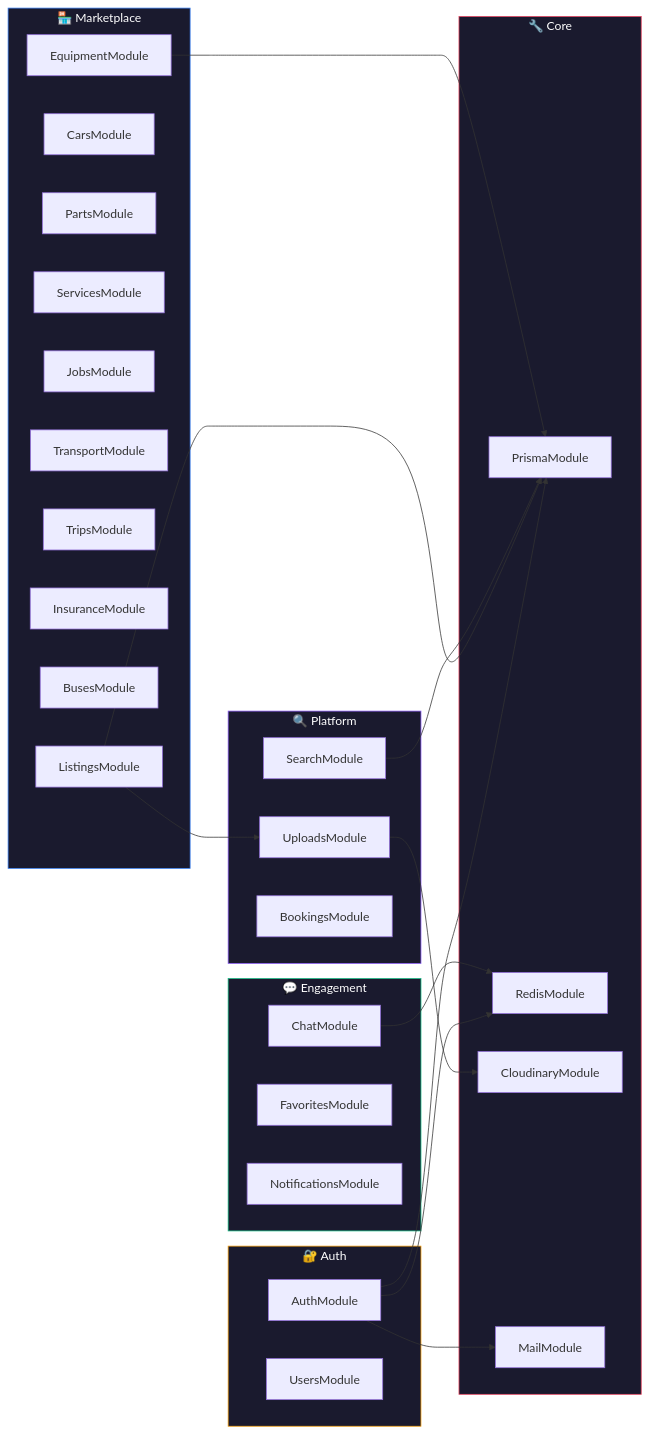
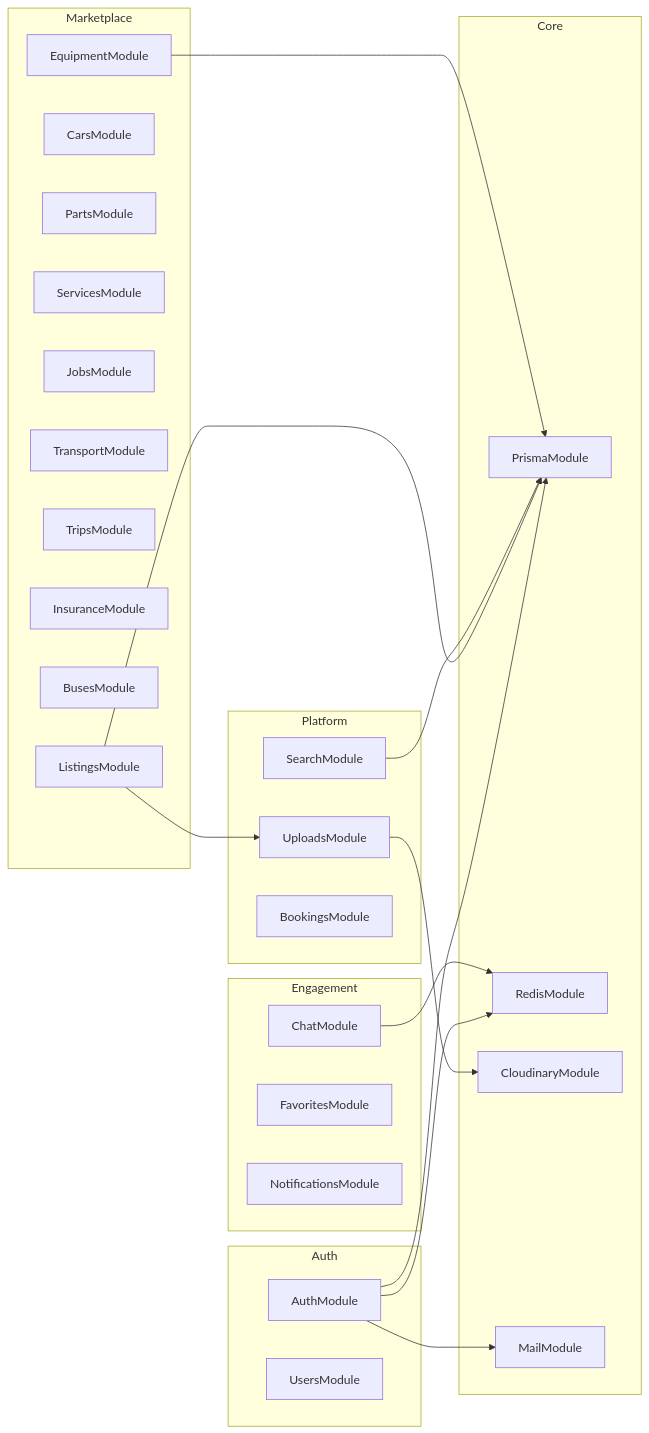
Before and after one commit to Mahmoud997s/SouqOne: the second of 4 diagrams in README.md, drawn with Mermaid. The commit also changed other lines of this file, not shown here.

Commit message:
fix: remove emojis and style directives from Mermaid diagrams for GitHub compatibility

````diff
--- a/README.md
+++ b/README.md
@@ -171,55 +167,49 @@
 ```mermaid
 graph LR
-    subgraph Core["🔧 Core"]
+    subgraph Core
         PRISMA[PrismaModule]
         REDIS[RedisModule]
         CLOUD[CloudinaryModule]
         MAIL[MailModule]
     end
 
-    subgraph Auth["🔐 Auth"]
+    subgraph Auth
         AUTH[AuthModule]
         USERS[UsersModule]
     end
 
-    subgraph Marketplace["🏪 Marketplace"]
+    subgraph Marketplace
         LISTINGS[ListingsModule]
         CARS[CarsModule]
         PARTS[PartsModule]
         SERVICES[ServicesModule]
         JOBS[JobsModule]
         TRANSPORT[TransportModule]
         TRIPS[TripsModule]
         INSURANCE[InsuranceModule]
         BUSES[BusesModule]
         EQUIP[EquipmentModule]
     end
 
-    subgraph Engagement["💬 Engagement"]
+    subgraph Engagement
         CHAT[ChatModule]
         FAVORITES[FavoritesModule]
         NOTIF[NotificationsModule]
     end
 
-    subgraph Platform["🔍 Platform"]
+    subgraph Platform
         SEARCH[SearchModule]
         UPLOADS[UploadsModule]
         BOOKINGS[BookingsModule]
     end
 
     AUTH --> PRISMA
     AUTH --> REDIS
     AUTH --> MAIL
     LISTINGS --> PRISMA
     LISTINGS --> UPLOADS
     CHAT --> REDIS
     SEARCH --> PRISMA
     EQUIP --> PRISMA
     UPLOADS --> CLOUD
-
-    style Core fill:#1a1a2e,stroke:#e94560,color:#fff
-    style Auth fill:#1a1a2e,stroke:#f59e0b,color:#fff
-    style Marketplace fill:#1a1a2e,stroke:#3b82f6,color:#fff
-    style Engagement fill:#1a1a2e,stroke:#10b981,color:#fff
-    style Platform fill:#1a1a2e,stroke:#8b5cf6,color:#fff
 ```
````
